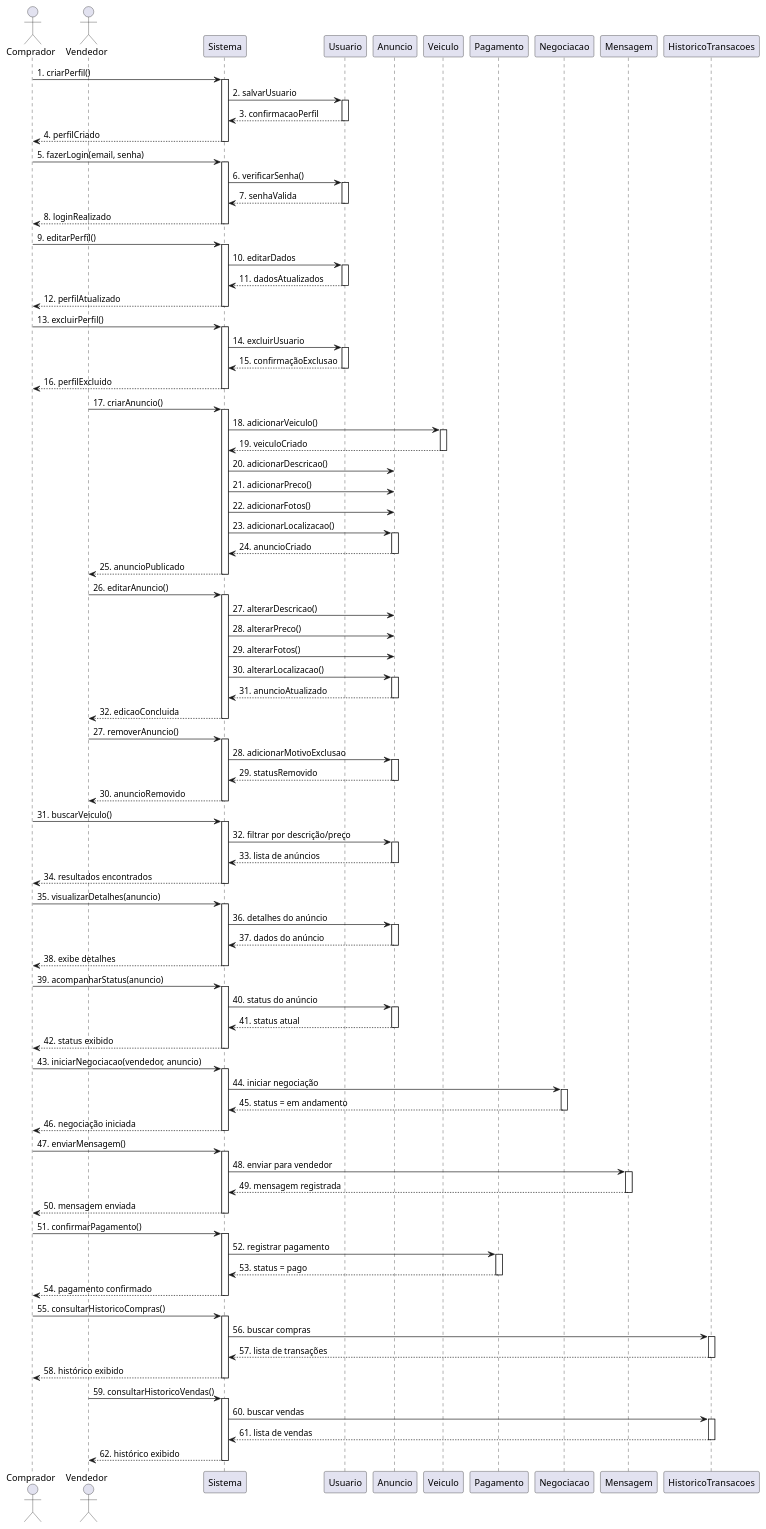
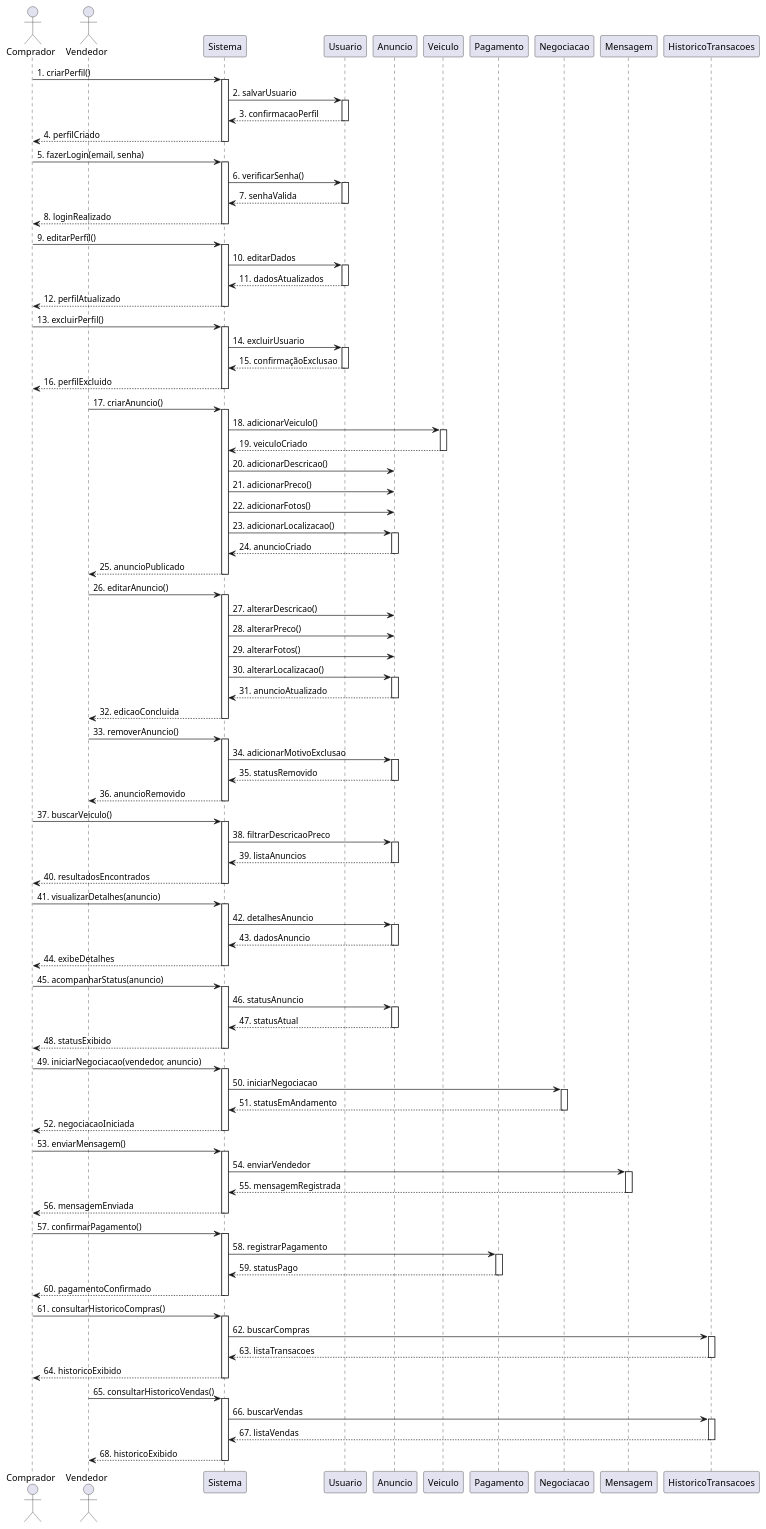
The diagram in diagramas_sequencia_uc_sistema.md (guilhermeoliveirateo/sistema-compra-venda-veiculos), drawn with PlantUML before and after one commit.

```diff
--- a/diagramas_sequencia_uc_sistema.md
+++ b/diagramas_sequencia_uc_sistema.md
@@ -84,85 +84,85 @@
 Sistema --> Vendedor : 32. edicaoConcluida
 deactivate Sistema
 
-Vendedor -> Sistema : 27. removerAnuncio()
+Vendedor -> Sistema : 33. removerAnuncio()
 activate Sistema
-Sistema -> Anuncio : 28. adicionarMotivoExclusao
+Sistema -> Anuncio : 34. adicionarMotivoExclusao
 activate Anuncio
-Anuncio --> Sistema : 29. statusRemovido
+Anuncio --> Sistema : 35. statusRemovido
 deactivate Anuncio
-Sistema --> Vendedor : 30. anuncioRemovido
+Sistema --> Vendedor : 36. anuncioRemovido
 deactivate Sistema
 
-Comprador -> Sistema : 31. buscarVeiculo()
+Comprador -> Sistema : 37. buscarVeiculo()
 activate Sistema
-Sistema -> Anuncio : 32. filtrar por descrição/preço
+Sistema -> Anuncio : 38. filtrarDescricaoPreco
 activate Anuncio
-Anuncio --> Sistema : 33. lista de anúncios
+Anuncio --> Sistema : 39. listaAnuncios
 deactivate Anuncio
-Sistema --> Comprador : 34. resultados encontrados
+Sistema --> Comprador : 40. resultadosEncontrados
 deactivate Sistema
 
-Comprador -> Sistema : 35. visualizarDetalhes(anuncio)
+Comprador -> Sistema : 41. visualizarDetalhes(anuncio)
 activate Sistema
-Sistema -> Anuncio : 36. detalhes do anúncio
+Sistema -> Anuncio : 42. detalhesAnuncio
 activate Anuncio
-Anuncio --> Sistema : 37. dados do anúncio
+Anuncio --> Sistema : 43. dadosAnuncio
 deactivate Anuncio
-Sistema --> Comprador : 38. exibe detalhes
+Sistema --> Comprador : 44. exibeDetalhes
 deactivate Sistema
 
-Comprador -> Sistema : 39. acompanharStatus(anuncio)
+Comprador -> Sistema : 45. acompanharStatus(anuncio)
 activate Sistema
-Sistema -> Anuncio : 40. status do anúncio
+Sistema -> Anuncio : 46. statusAnuncio
 activate Anuncio
-Anuncio --> Sistema : 41. status atual
+Anuncio --> Sistema : 47. statusAtual
 deactivate Anuncio
-Sistema --> Comprador : 42. status exibido
+Sistema --> Comprador : 48. statusExibido
 deactivate Sistema
 
-Comprador -> Sistema : 43. iniciarNegociacao(vendedor, anuncio)
+Comprador -> Sistema : 49. iniciarNegociacao(vendedor, anuncio)
 activate Sistema
-Sistema -> Negociacao : 44. iniciar negociação
+Sistema -> Negociacao : 50. iniciarNegociacao
 activate Negociacao
-Negociacao --> Sistema : 45. status = em andamento
+Negociacao --> Sistema : 51. statusEmAndamento
 deactivate Negociacao
-Sistema --> Comprador : 46. negociação iniciada
+Sistema --> Comprador : 52. negociacaoIniciada
 deactivate Sistema
 
-Comprador -> Sistema : 47. enviarMensagem()
+Comprador -> Sistema : 53. enviarMensagem()
 activate Sistema
-Sistema -> Mensagem : 48. enviar para vendedor
+Sistema -> Mensagem : 54. enviarVendedor
 activate Mensagem
-Mensagem --> Sistema : 49. mensagem registrada
+Mensagem --> Sistema : 55. mensagemRegistrada
 deactivate Mensagem
-Sistema --> Comprador : 50. mensagem enviada
+Sistema --> Comprador : 56. mensagemEnviada
 deactivate Sistema
 
-Comprador -> Sistema : 51. confirmarPagamento()
+Comprador -> Sistema : 57. confirmarPagamento()
 activate Sistema
-Sistema -> Pagamento : 52. registrar pagamento
+Sistema -> Pagamento : 58. registrarPagamento
 activate Pagamento
-Pagamento --> Sistema : 53. status = pago
+Pagamento --> Sistema : 59. statusPago
 deactivate Pagamento
-Sistema --> Comprador : 54. pagamento confirmado
+Sistema --> Comprador : 60. pagamentoConfirmado
 deactivate Sistema
 
-Comprador -> Sistema : 55. consultarHistoricoCompras()
+Comprador -> Sistema : 61. consultarHistoricoCompras()
 activate Sistema
-Sistema -> HistoricoTransacoes : 56. buscar compras
+Sistema -> HistoricoTransacoes : 62. buscarCompras
 activate HistoricoTransacoes
-HistoricoTransacoes --> Sistema : 57. lista de transações
+HistoricoTransacoes --> Sistema : 63. listaTransacoes
 deactivate HistoricoTransacoes
-Sistema --> Comprador : 58. histórico exibido
+Sistema --> Comprador : 64. historicoExibido
 deactivate Sistema
 
-Vendedor -> Sistema : 59. consultarHistoricoVendas()
+Vendedor -> Sistema : 65. consultarHistoricoVendas()
 activate Sistema
-Sistema -> HistoricoTransacoes : 60. buscar vendas
+Sistema -> HistoricoTransacoes : 66. buscarVendas
 activate HistoricoTransacoes
-HistoricoTransacoes --> Sistema : 61. lista de vendas
+HistoricoTransacoes --> Sistema : 67. listaVendas
 deactivate HistoricoTransacoes
-Sistema --> Vendedor : 62. histórico exibido
+Sistema --> Vendedor : 68. historicoExibido
 deactivate Sistema
 
 @enduml
```
